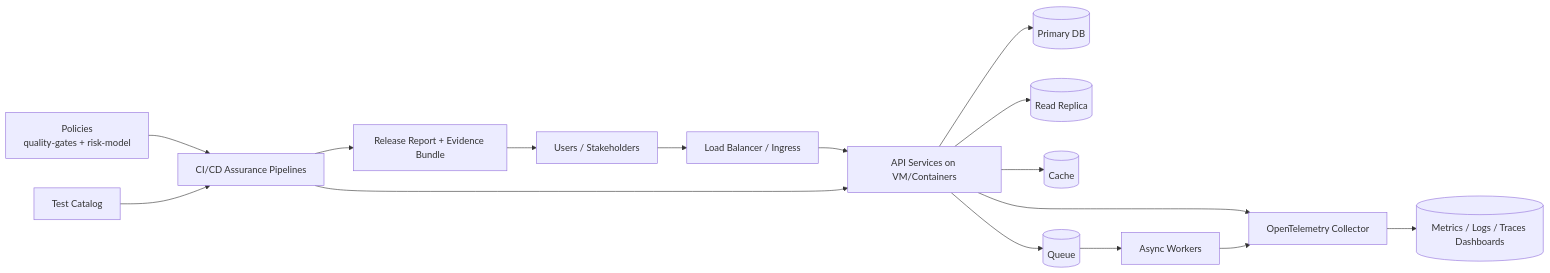
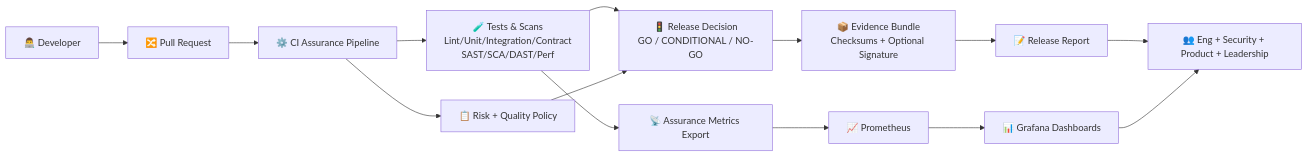
Before and after one commit to amonkarsidhant/unified-assurance-platform: the diagram in README.md, drawn with Mermaid. The commit also changed other lines of this file, not shown here.

Commit message:
Revamp README with emoji-friendly structure and developer-focused diagrams

````diff
--- a/README.md
+++ b/README.md
@@ -20,20 +38,21 @@
 ```mermaid
 flowchart LR
-  U[Users / Stakeholders] --> LB[Load Balancer / Ingress]
-  LB --> API[API Services on VM/Containers]
-  API --> DB[(Primary DB)]
-  API --> REP[(Read Replica)]
-  API --> C[(Cache)]
-  API --> Q[(Queue)]
-  Q --> W[Async Workers]
+  Dev[👨‍💻 Developer] --> PR[🔀 Pull Request]
+  PR --> CI[⚙️ CI Assurance Pipeline]
 
-  API --> OTEL[OpenTelemetry Collector]
-  W --> OTEL
-  OTEL --> OBS[(Metrics / Logs / Traces Dashboards)]
+  CI --> Tests[🧪 Tests & Scans\nLint/Unit/Integration/Contract\nSAST/SCA/DAST/Perf]
+  CI --> Policy[📋 Risk + Quality Policy]
 
-  P[Policies\nquality-gates + risk-model] --> CI[CI/CD Assurance Pipelines]
-  TC[Test Catalog] --> CI
-  CI --> API
-  CI --> RPT[Release Report + Evidence Bundle]
-  RPT --> U
+  Tests --> Decision[🚦 Release Decision\nGO / CONDITIONAL / NO-GO]
+  Policy --> Decision
+
+  Decision --> Evidence[📦 Evidence Bundle\nChecksums + Optional Signature]
+  Evidence --> Report[📝 Release Report]
+
+  Tests --> Metrics[📡 Assurance Metrics Export]
+  Metrics --> Prom[📈 Prometheus]
+  Prom --> Grafana[📊 Grafana Dashboards]
+
+  Report --> Stakeholders[👥 Eng + Security + Product + Leadership]
+  Grafana --> Stakeholders
 ```
````
